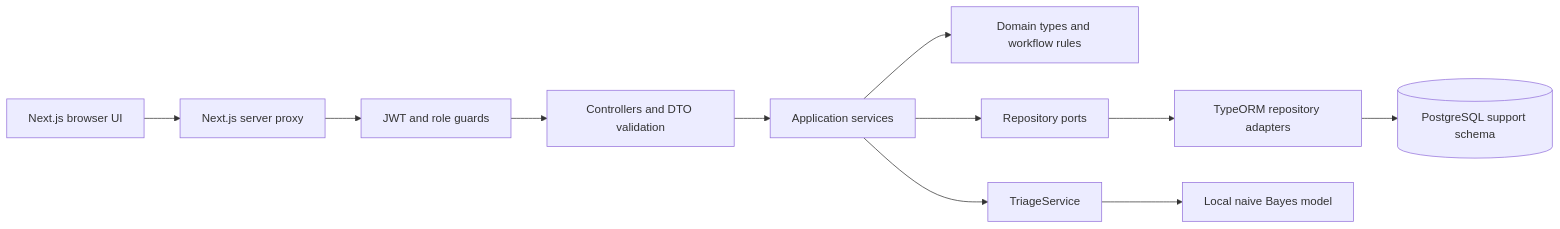
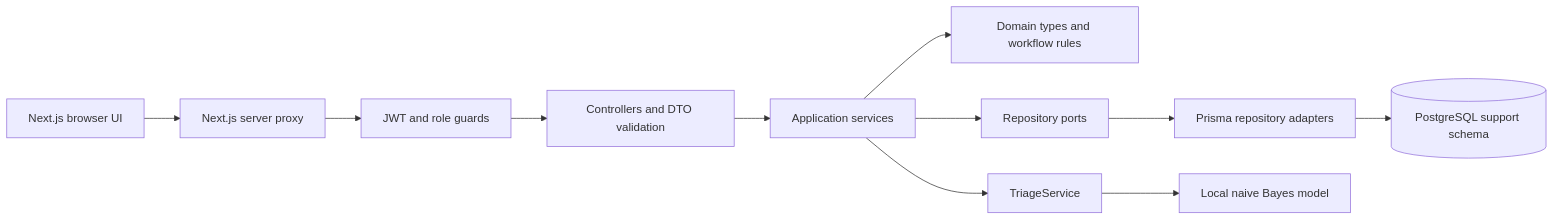
The first of 2 diagrams in docs/architecture.md (sahadat96/ai-powered-support-ticket-management-system), drawn with Mermaid before and after one commit. The commit also changed other lines of this file and 34 other files, not shown here.

Commit message:
feat(database): replace TypeORM with Prisma and preserve existing data

````diff
--- a/docs/architecture.md
+++ b/docs/architecture.md
@@ -30,13 +31,13 @@
 ```mermaid
 flowchart LR
   Browser[Next.js browser UI] --> Proxy[Next.js server proxy]
   Proxy --> Guards[JWT and role guards]
   Guards --> HTTP[Controllers and DTO validation]
   HTTP --> App[Application services]
   App --> Rules[Domain types and workflow rules]
   App --> Ports[Repository ports]
-  Ports --> ORM[TypeORM repository adapters]
+  Ports --> ORM[Prisma repository adapters]
   ORM --> DB[(PostgreSQL support schema)]
   App --> AI[TriageService]
   AI --> Model[Local naive Bayes model]
 ```
````
